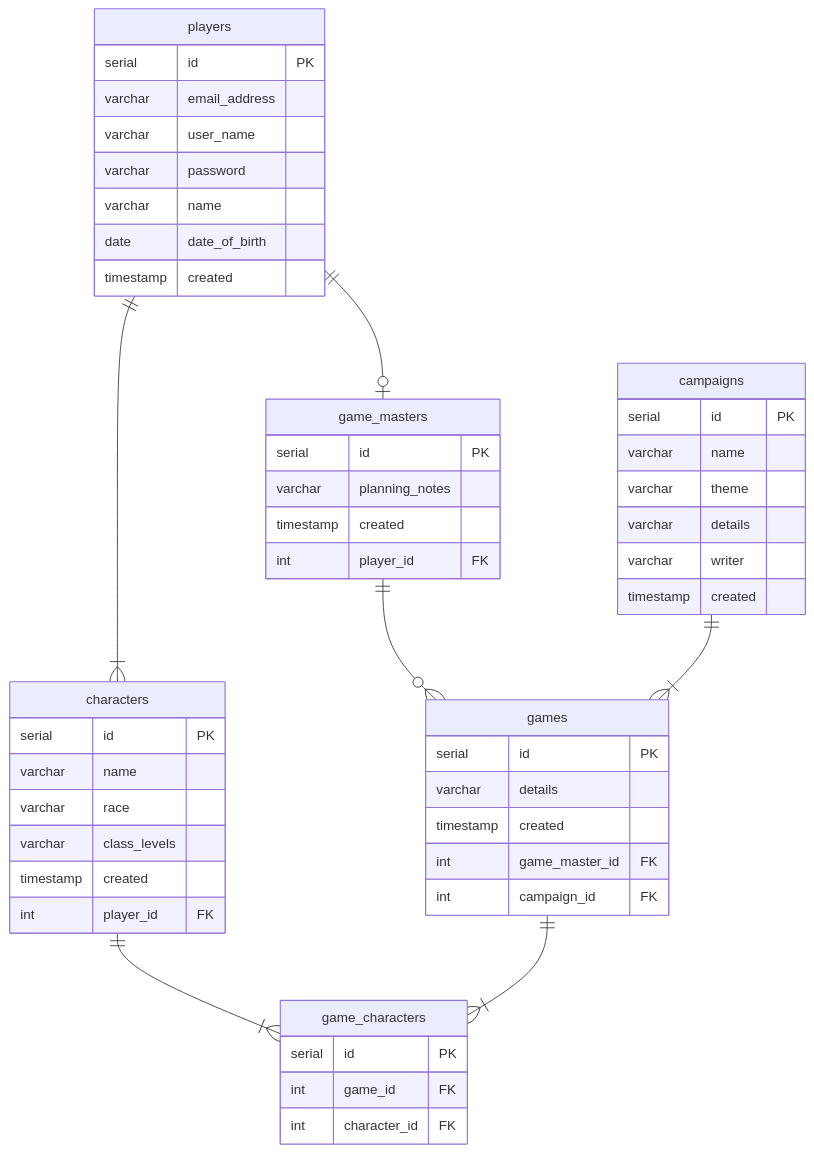
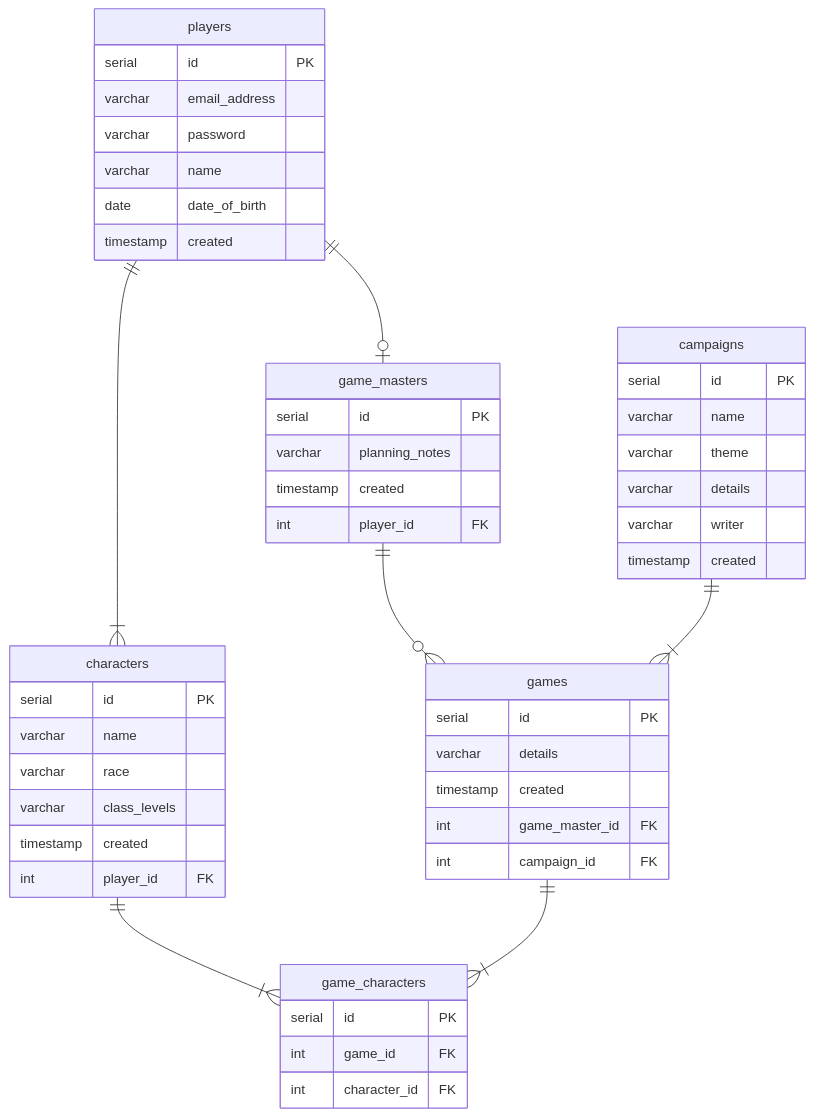
Before and after one commit to Rkfmckee/CoE-DnD-Organiser: the second of 2 diagrams in README.md, drawn with Mermaid. The commit also changed other lines of this file, not shown here.

````diff
--- a/README.md
+++ b/README.md
@@ -57,65 +57,64 @@
 ``` mermaid
 erDiagram 
 
 game_masters ||--o{ games : ""
 players ||--|{ characters : ""
 players ||--|o game_masters : ""
 campaigns ||--|{ games : ""
 characters ||--|{ game_characters : ""
 games ||--|{ game_characters : ""
 
 game_masters 
 {
     serial id PK
     varchar planning_notes
     timestamp created
     int player_id FK
 }
 
 players 
 {
     serial id PK
     varchar email_address
-    varchar user_name
     varchar password
     varchar name
     date date_of_birth
     timestamp created
 }
 
 games 
 {
     serial id PK
     varchar details
     timestamp created
     int game_master_id FK
     int campaign_id FK
 }
 
 campaigns 
 {
     serial id PK
     varchar name
     varchar theme
     varchar details
     varchar writer
     timestamp created
 }
 
 characters 
 {
     serial id PK
     varchar name
     varchar race
     varchar class_levels
     timestamp created
     int player_id FK
 }
 
 game_characters 
 {
     serial id PK
     int game_id FK
     int character_id FK
 }
 ```
````
